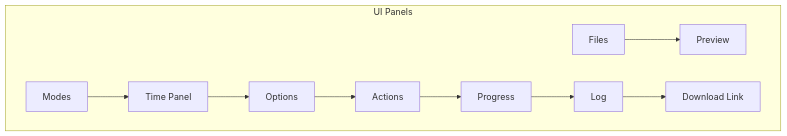
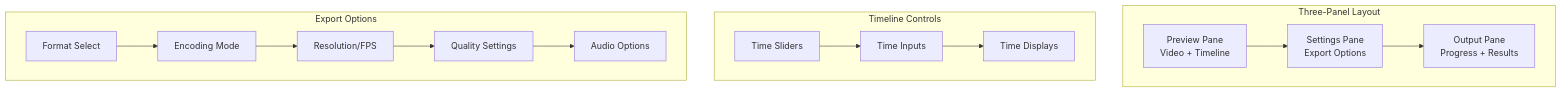
Before and after one commit to treasureGrove/TAWEBTOOL: the sixth of 7 diagrams in .qoder/repowiki/en/content/Video Processing Tools/Video Cutting and Trimming.md, drawn with Mermaid. The commit also changed other lines of this file and 101 other files, not shown here.

````diff
--- a/.qoder/repowiki/en/content/Video Processing Tools/Video Cutting and Trimming.md
+++ b/.qoder/repowiki/en/content/Video Processing Tools/Video Cutting and Trimming.md
@@ -263,12 +262,17 @@
 ```mermaid
 graph TB
-subgraph "UI Panels"
-F["Files"] --> P["Preview"]
-M["Modes"] --> T["Time Panel"]
-T --> O["Options"]
-O --> A["Actions"]
-A --> PR["Progress"]
-PR --> L["Log"]
-L --> DL["Download Link"]
+subgraph "Three-Panel Layout"
+P["Preview Pane<br/>Video + Timeline"] --> S["Settings Pane<br/>Export Options"]
+S --> O["Output Pane<br/>Progress + Results"]
+end
+subgraph "Timeline Controls"
+TS["Time Sliders"] --> TI["Time Inputs"]
+TI --> TP["Time Displays"]
+end
+subgraph "Export Options"
+FM["Format Select"] --> EN["Encoding Mode"]
+EN --> RS["Resolution/FPS"]
+RS --> QT["Quality Settings"]
+QT --> AU["Audio Options"]
 end
 ```
````
